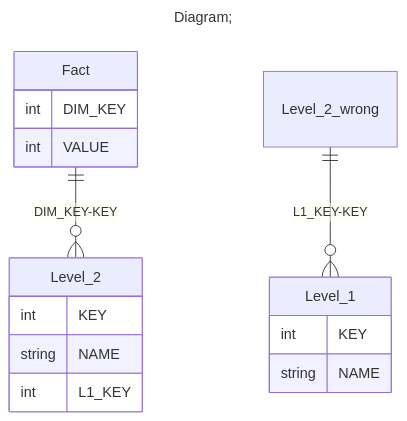
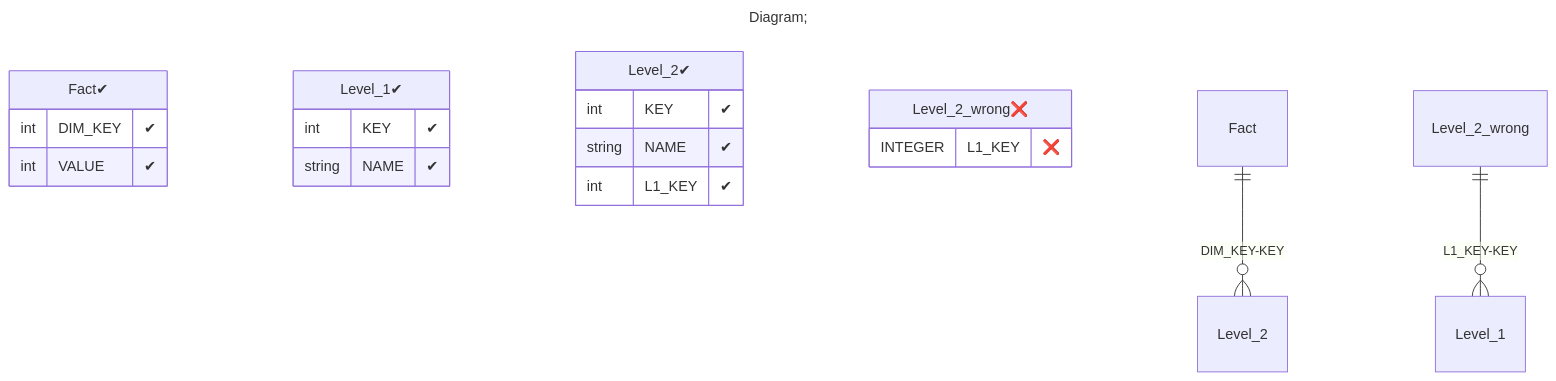
The third of 3 diagrams in demo/server/catalogs/tutorial_16_Cube_with_share_dimension_with hierarchy_with_table reference_with_wrong_inner_join/README.MD (xmla-services/workground), drawn with Mermaid before and after one commit. The commit also changed 44 other files, not shown here.

Commit message:
tutorials. add flags (positive, negative) in database diagram Signed-off-by: dbulahov <bulahovdenis@gmail.com>

````diff
--- a/demo/server/catalogs/tutorial_16_Cube_with_share_dimension_with hierarchy_with_table reference_with_wrong_inner_join/README.MD
+++ b/demo/server/catalogs/tutorial_16_Cube_with_share_dimension_with hierarchy_with_table reference_with_wrong_inner_join/README.MD
@@ -114,22 +114,25 @@
 ```mermaid
 ---
 title: Diagram;
 ---
 erDiagram
-Fact{
-int DIM_KEY
-int VALUE
+"Fact✔"{
+int DIM_KEY "✔"
+int VALUE "✔"
 }
-Level_1{
-int KEY
-string NAME
+"Level_1✔"{
+int KEY "✔"
+string NAME "✔"
 }
-Level_2{
-int KEY
-string NAME
-int L1_KEY
+"Level_2✔"{
+int KEY "✔"
+string NAME "✔"
+int L1_KEY "✔"
+}
+"Level_2_wrong❌"{
+INTEGER L1_KEY "❌"
 }
 
 "Fact" ||--o{ "Level_2" : "DIM_KEY-KEY"
 "Level_2_wrong" ||--o{ "Level_1" : "L1_KEY-KEY"
 ```
````
